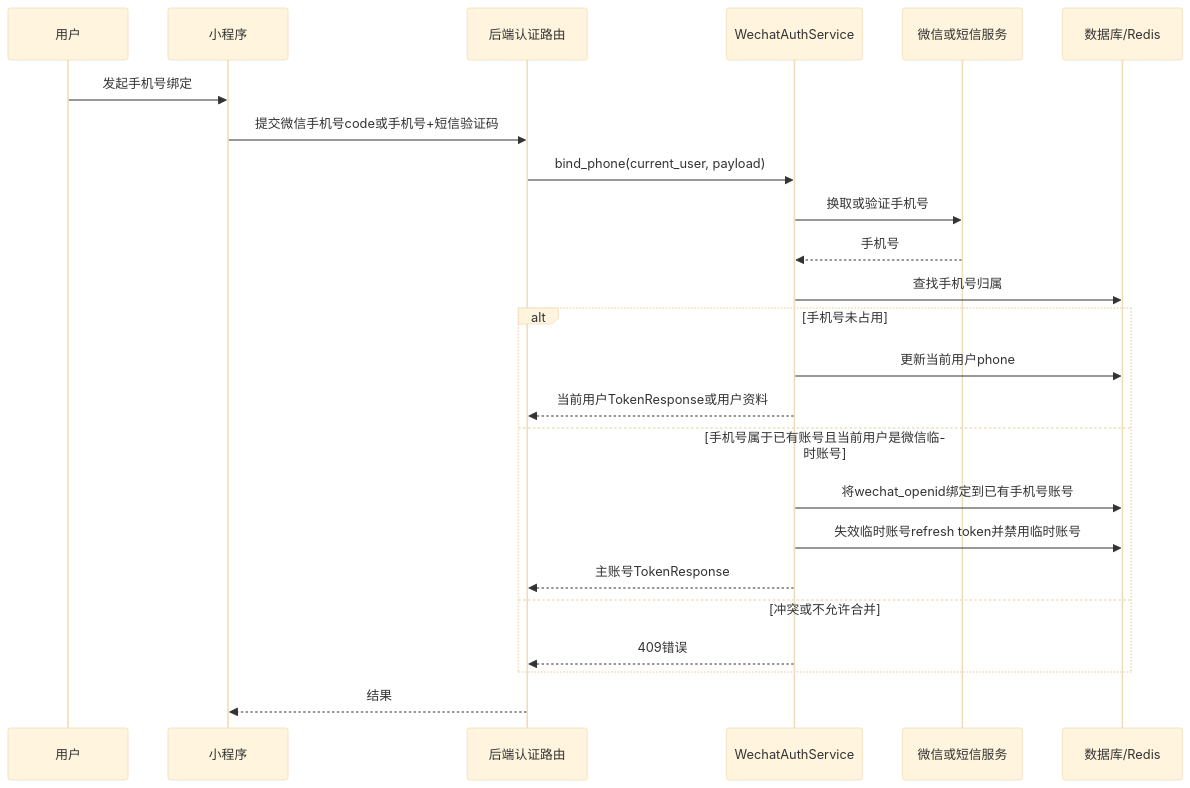
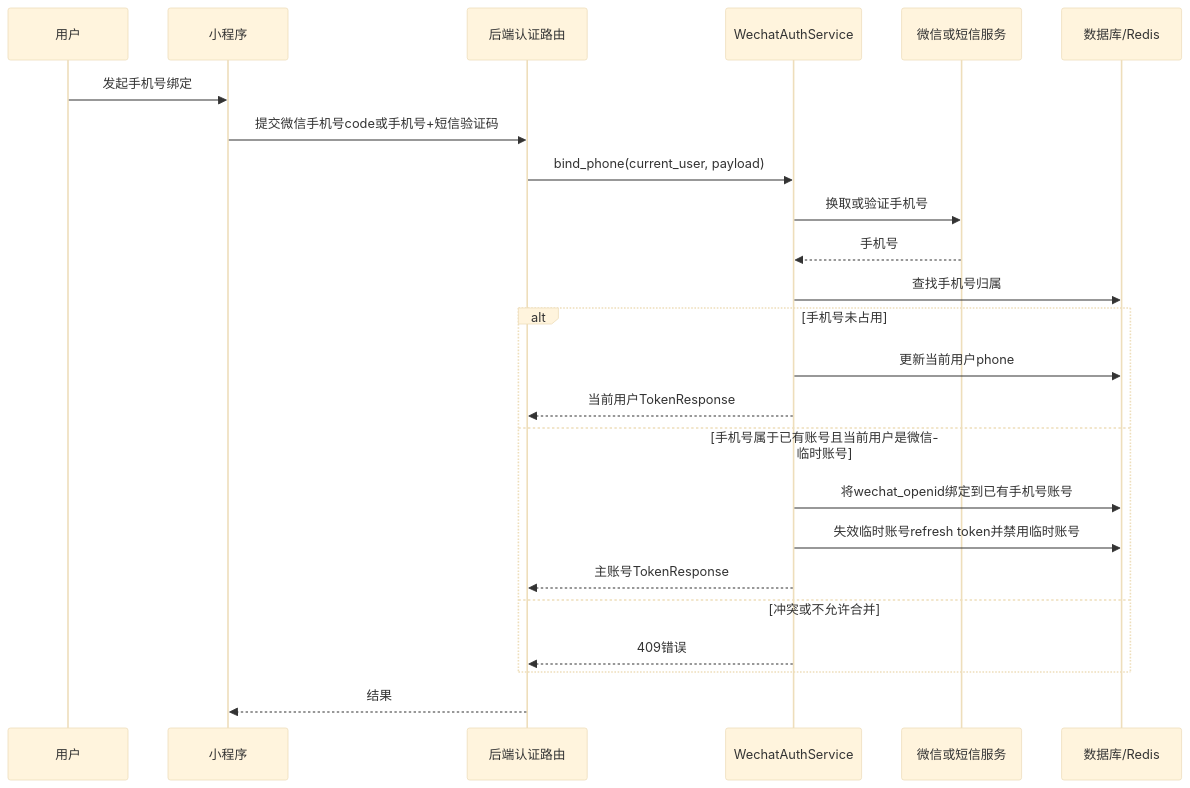
The second of 2 diagrams in openspec/changes/add-wechat-quick-login-frontend/design.md (sin668/booking-room), drawn with Mermaid (base theme) before and after one commit. The commit also changed 17 other files, not shown here.

````diff
--- a/openspec/changes/add-wechat-quick-login-frontend/design.md
+++ b/openspec/changes/add-wechat-quick-login-frontend/design.md
@@ -124,27 +124,27 @@
 ```mermaid
 sequenceDiagram
     participant U as 用户
     participant P as 小程序
     participant B as 后端认证路由
     participant S as WechatAuthService
     participant X as 微信或短信服务
     participant D as 数据库/Redis
 
     U->>P: 发起手机号绑定
     P->>B: 提交微信手机号code或手机号+短信验证码
     B->>S: bind_phone(current_user, payload)
     S->>X: 换取或验证手机号
     X-->>S: 手机号
     S->>D: 查找手机号归属
     alt 手机号未占用
         S->>D: 更新当前用户phone
-        S-->>B: 当前用户TokenResponse或用户资料
+        S-->>B: 当前用户TokenResponse
     else 手机号属于已有账号且当前用户是微信临时账号
         S->>D: 将wechat_openid绑定到已有手机号账号
         S->>D: 失效临时账号refresh token并禁用临时账号
         S-->>B: 主账号TokenResponse
     else 冲突或不允许合并
         S-->>B: 409错误
     end
     B-->>P: 结果
 ```
````
